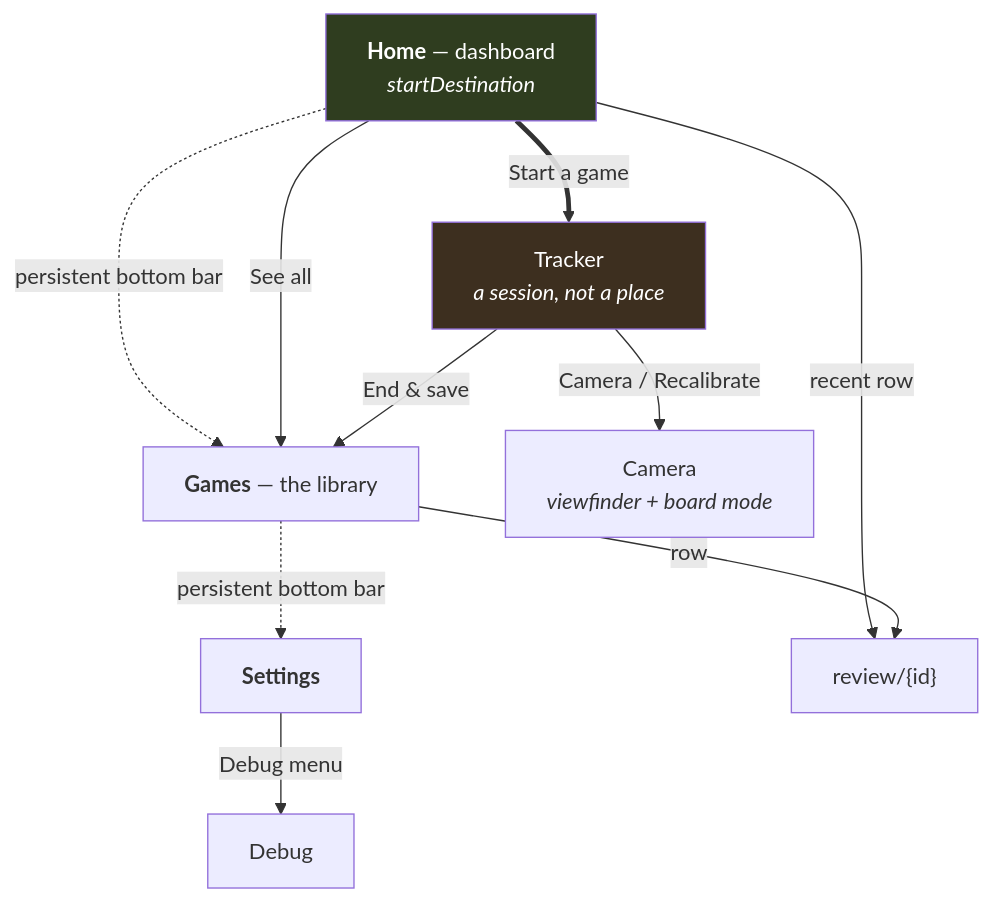
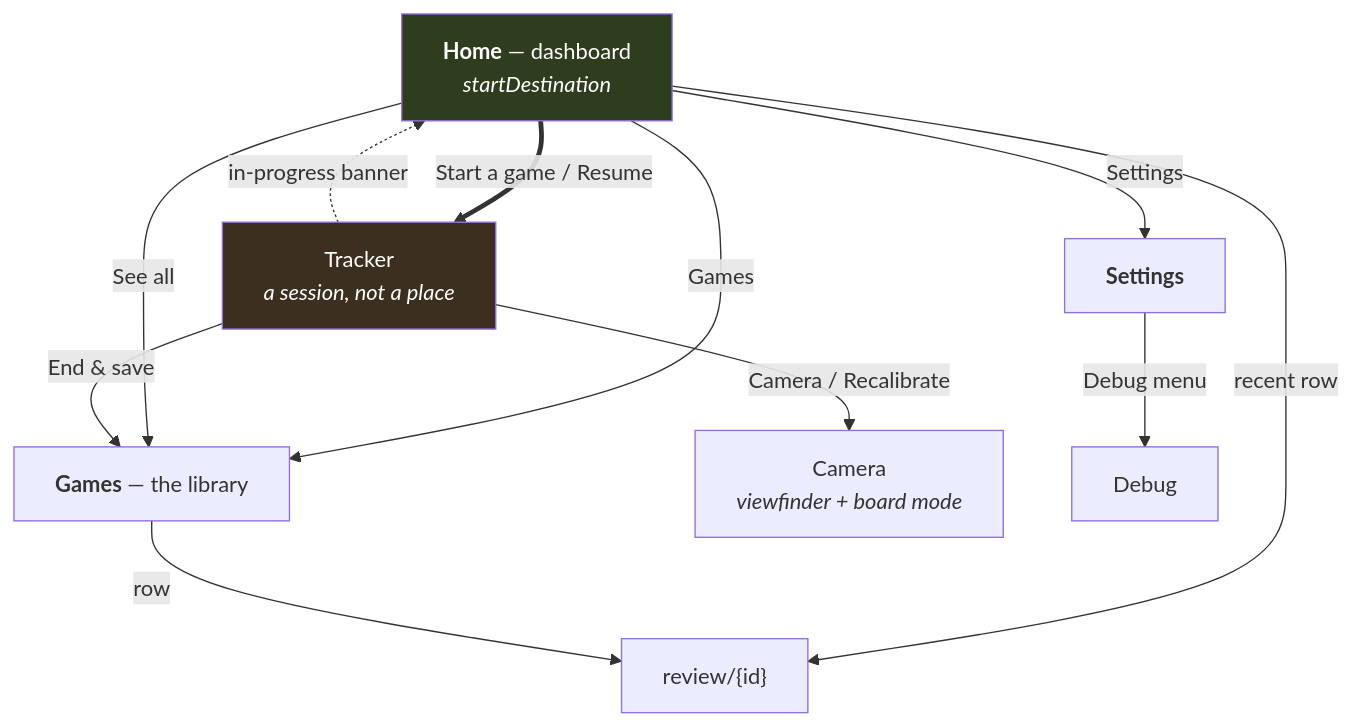
One commit to Kloggzer/chess-vision changed the second of 2 diagrams in specs/47-one-interface/PROPOSAL.md. Above: the diagram before and after it, drawn with Mermaid. The commit also changed other lines of this file, not shown here.

````diff
--- a/specs/47-one-interface/PROPOSAL.md
+++ b/specs/47-one-interface/PROPOSAL.md
@@ -260,18 +260,19 @@
 ```mermaid
 flowchart TD
     H["<b>Home</b> — dashboard<br/><i>startDestination</i>"]
     G["<b>Games</b> — the library"]
     SET["<b>Settings</b>"]
-    H -.->|persistent bottom bar| G
-    G -.->|persistent bottom bar| SET
-    H ==>|Start a game| TR["Tracker<br/><i>a session, not a place</i>"]
+    H -->|Games| G
+    H -->|Settings| SET
+    H ==>|Start a game / Resume| TR["Tracker<br/><i>a session, not a place</i>"]
+    TR -.->|in-progress banner| H
     H -->|recent row| RV["review/{id}"]
     H -->|See all| G
     G -->|row| RV
     TR -->|Camera / Recalibrate| CAM["Camera<br/><i>viewfinder + board mode</i>"]
     TR -->|End & save| G
     SET -->|Debug menu| DBG["Debug"]
 
     style H fill:#2f3d1f,color:#fff
     style TR fill:#3d2f1f,color:#fff
 ```
````
